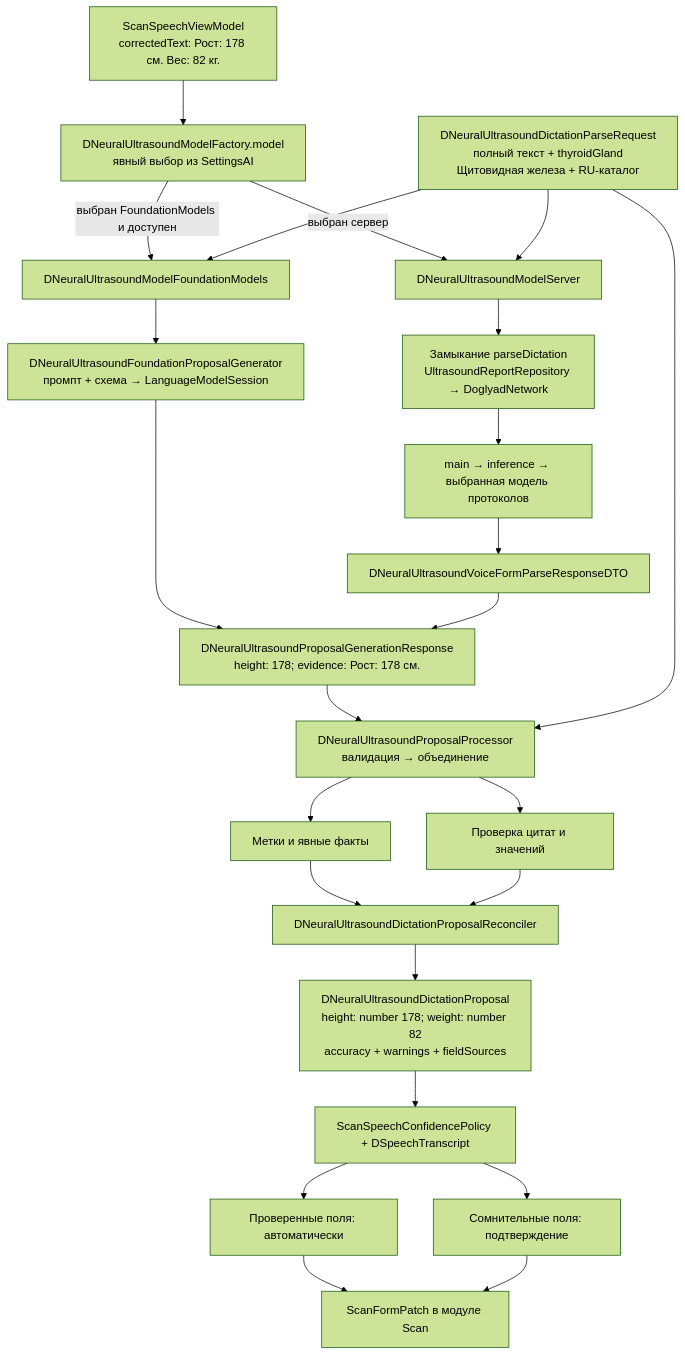
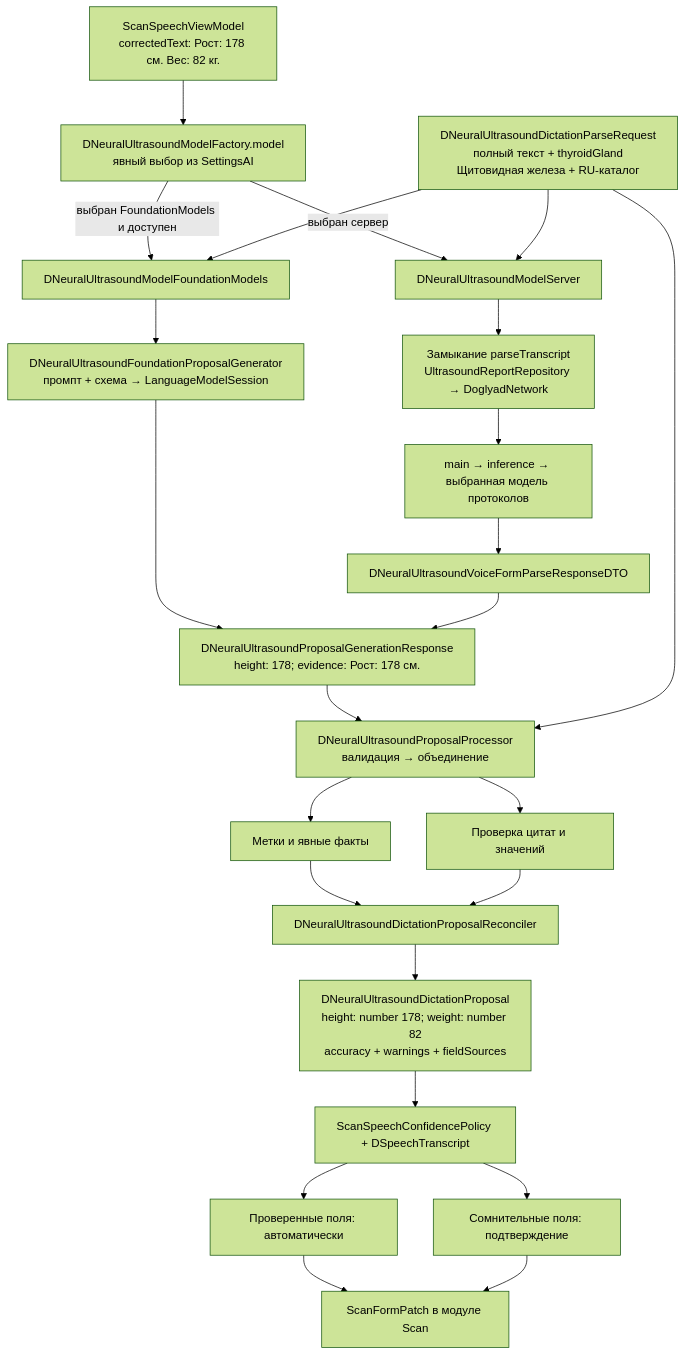
One commit to ivangalkindeveloper/DoglyadAI changed the second of 8 diagrams in ios/DoglyadNeuralModel/README.md. Above: the diagram before and after it, drawn with Mermaid (forest theme). The commit also changed other lines of this file and 155 other files, not shown here.

````diff
--- a/ios/DoglyadNeuralModel/README.md
+++ b/ios/DoglyadNeuralModel/README.md
@@ -60,26 +60,26 @@
 ```mermaid
 flowchart TD
     App["ScanSpeechViewModel<br/>correctedText: Рост: 178 см. Вес: 82 кг."] --> Factory["DNeuralUltrasoundModelFactory.model<br/>явный выбор из SettingsAI"]
     Factory -->|"выбран FoundationModels и доступен"| FM[DNeuralUltrasoundModelFoundationModels]
     Factory -->|"выбран сервер"| Server[DNeuralUltrasoundModelServer]
     FM --> Generator["DNeuralUltrasoundFoundationProposalGenerator<br/>промпт + схема → LanguageModelSession"]
-    Server --> Transport["Замыкание parseDictation<br/>UltrasoundReportRepository → DoglyadNetwork"]
+    Server --> Transport["Замыкание parseTranscript<br/>UltrasoundReportRepository → DoglyadNetwork"]
     Transport --> Backend[main → inference → выбранная модель протоколов]
     Generator --> Raw["DNeuralUltrasoundProposalGenerationResponse<br/>height: 178; evidence: Рост: 178 см."]
     Backend --> DTO[DNeuralUltrasoundVoiceFormParseResponseDTO]
     DTO --> Raw
     Raw --> Processor["DNeuralUltrasoundProposalProcessor<br/>валидация → объединение"]
     Request["DNeuralUltrasoundDictationParseRequest<br/>полный текст + thyroidGland<br/>Щитовидная железа + RU-каталог"] --> FM
     Request --> Server
     Request --> Processor
     Processor --> Labels[Метки и явные факты]
     Labels --> Reconcile[DNeuralUltrasoundDictationProposalReconciler]
     Processor --> Validation[Проверка цитат и значений]
     Validation --> Reconcile
     Reconcile --> Result["DNeuralUltrasoundDictationProposal<br/>height: number 178; weight: number 82<br/>accuracy + warnings + fieldSources"]
     Result --> Policy[ScanSpeechConfidencePolicy + DSpeechTranscript]
     Policy --> Auto[Проверенные поля: автоматически]
     Policy --> Review[Сомнительные поля: подтверждение]
     Auto --> Scan[ScanFormPatch в модуле Scan]
     Review --> Scan
 ```
````
